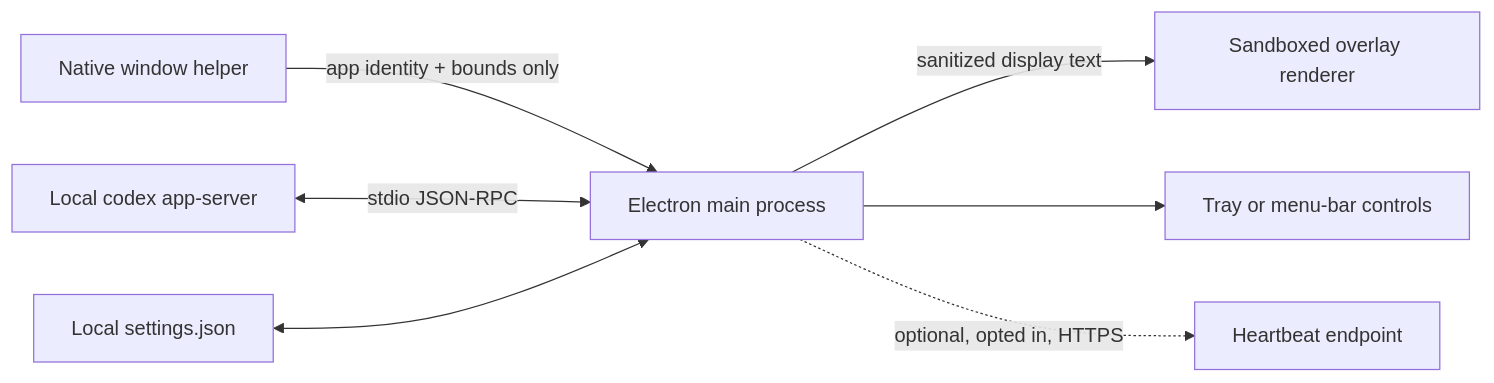
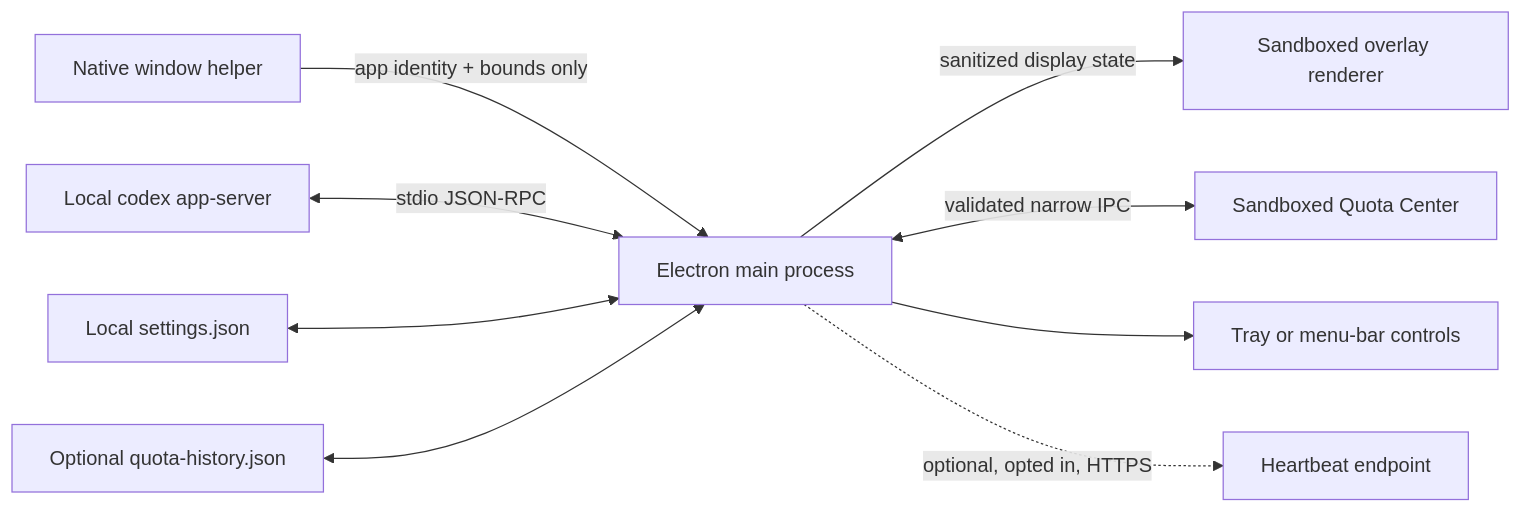
Before and after one commit to cpys/codex-quota-overlay: the diagram in docs/ARCHITECTURE.md, drawn with Mermaid. The commit also changed other lines of this file and 43 other files, not shown here.

Commit message:
Release v0.4.0 with Quota Center

````diff
--- a/docs/ARCHITECTURE.md
+++ b/docs/ARCHITECTURE.md
@@ -7,9 +7,11 @@
 ```mermaid
 flowchart LR
   A[Native window helper] -->|app identity + bounds only| B[Electron main process]
   C[Local codex app-server] <-->|stdio JSON-RPC| B
-  B -->|sanitized display text| D[Sandboxed overlay renderer]
+  B -->|sanitized display state| D[Sandboxed overlay renderer]
+  B <-->|validated narrow IPC| H[Sandboxed Quota Center]
   B --> E[Tray or menu-bar controls]
   F[Local settings.json] <--> B
+  I[Optional quota-history.json] <--> B
   B -. optional, opted in, HTTPS .-> G[Heartbeat endpoint]
 ```
````
